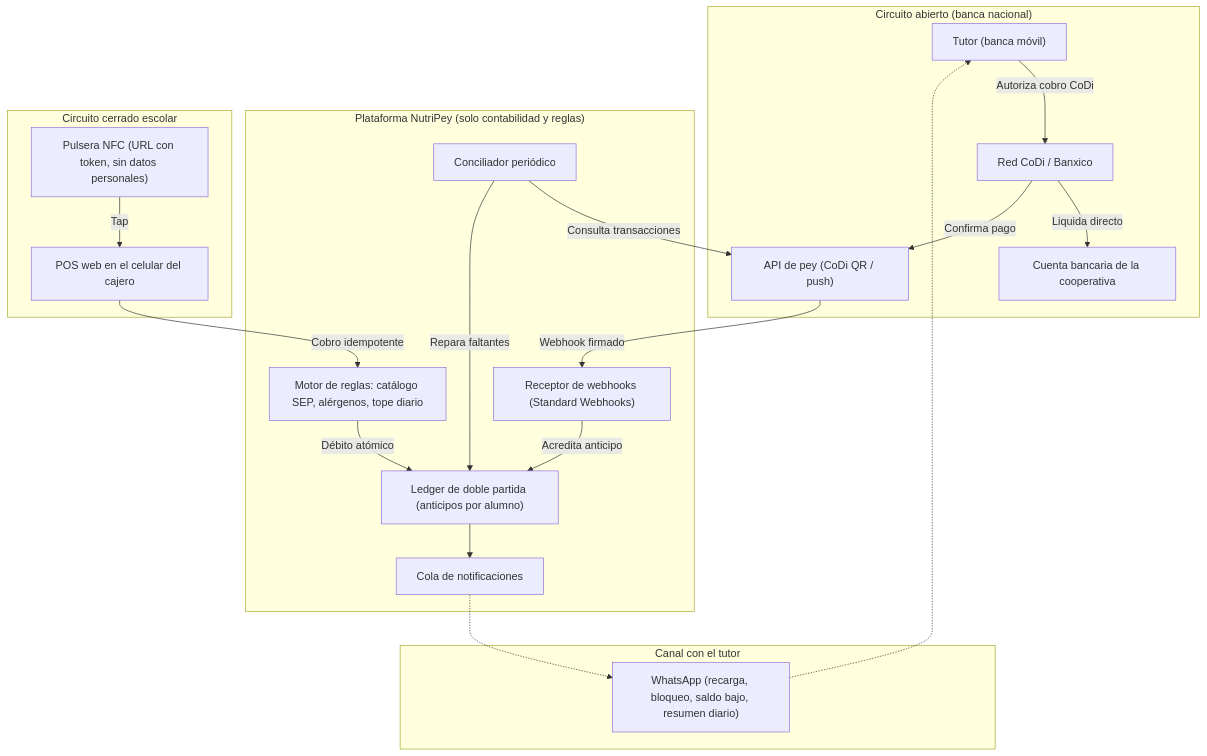
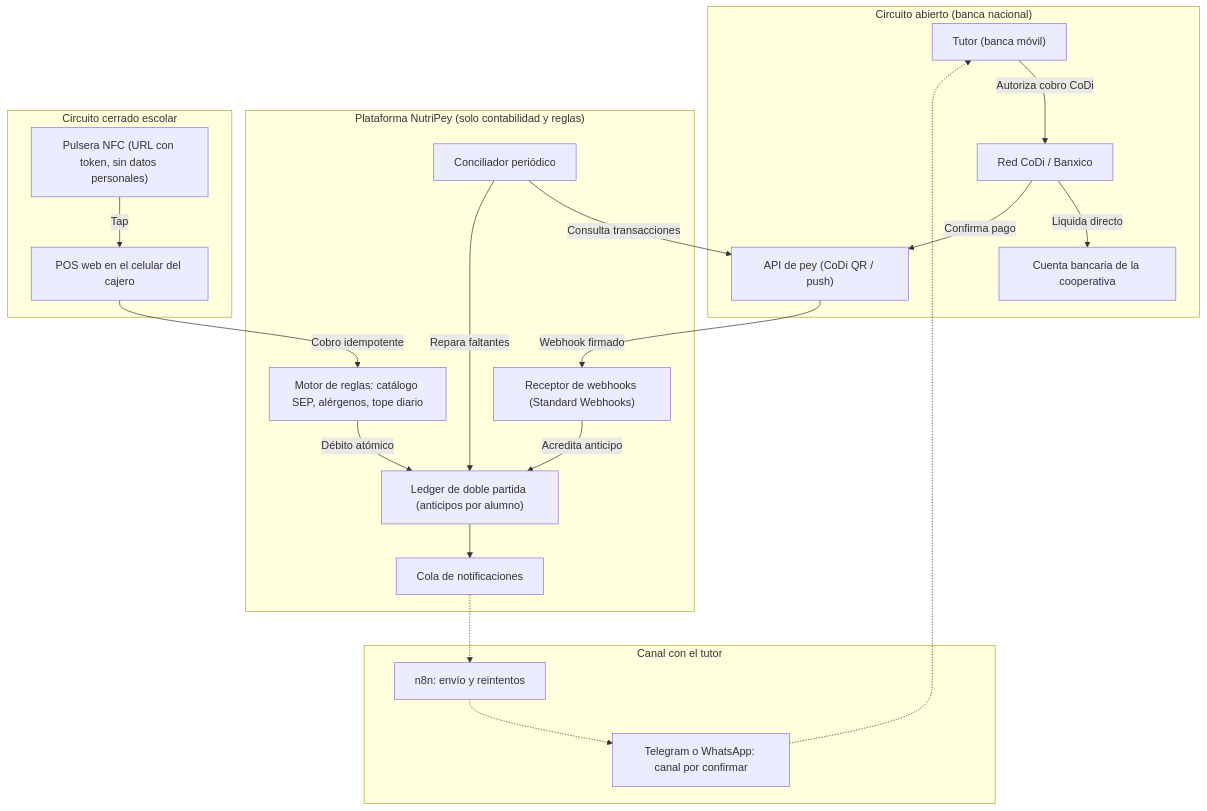
Before and after one commit to rslnt1270/NutriPey_Hackathon_CDMX_2026: the diagram in README.md, drawn with Mermaid. The commit also changed other lines of this file and 12 other files, not shown here.

````diff
--- a/README.md
+++ b/README.md
@@ -24,39 +24,41 @@
 ```mermaid
 flowchart TD
     subgraph CircuitoAbierto ["Circuito abierto (banca nacional)"]
         Padre["Tutor (banca móvil)"]
         Banxico["Red CoDi / Banxico"]
         PeyAPI["API de pey (CoDi QR / push)"]
         CuentaCoop["Cuenta bancaria de la cooperativa"]
         Padre -->|Autoriza cobro CoDi| Banxico
         Banxico -->|Liquida directo| CuentaCoop
         Banxico -->|Confirma pago| PeyAPI
     end
 
     subgraph CorePlataforma ["Plataforma NutriPey (solo contabilidad y reglas)"]
         WebhookHandler["Receptor de webhooks (Standard Webhooks)"]
         Conciliador["Conciliador periódico"]
         Ledger["Ledger de doble partida (anticipos por alumno)"]
         RuleEngine["Motor de reglas: catálogo SEP, alérgenos, tope diario"]
         Outbox["Cola de notificaciones"]
         PeyAPI -->|Webhook firmado| WebhookHandler
         Conciliador -->|Consulta transacciones| PeyAPI
         WebhookHandler -->|Acredita anticipo| Ledger
         Conciliador -->|Repara faltantes| Ledger
         Ledger --> Outbox
     end
 
     subgraph CircuitoCerrado ["Circuito cerrado escolar"]
         Pulsera["Pulsera NFC (URL con token, sin datos personales)"]
         POS["POS web en el celular del cajero"]
         Pulsera -->|Tap| POS
         POS -->|Cobro idempotente| RuleEngine
         RuleEngine -->|Débito atómico| Ledger
     end
 
     subgraph Notificaciones ["Canal con el tutor"]
-        WhatsApp["WhatsApp (recarga, bloqueo, saldo bajo, resumen diario)"]
-        Outbox -.-> WhatsApp
+        N8N["n8n: envío y reintentos"]
+        WhatsApp["Telegram o WhatsApp: canal por confirmar"]
+        Outbox -.-> N8N
+        N8N -.-> WhatsApp
         WhatsApp -.-> Padre
     end
 ```
````
